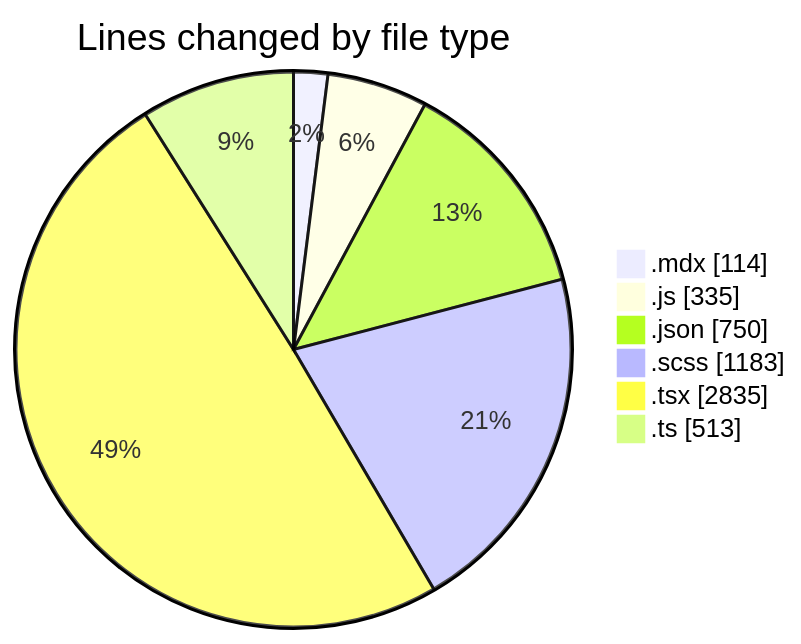
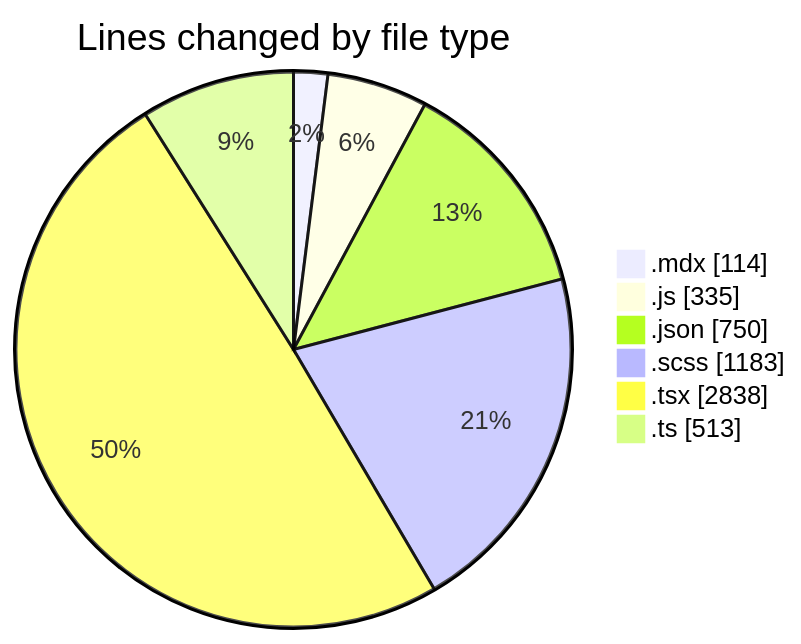
The first of 2 diagrams in 2026-08-13/cda/README.md (momahboobian/code-tracking), drawn with Mermaid before and after one commit. The commit also changed other lines of this file and 1 other file, not shown here.

````diff
--- a/2026-08-13/cda/README.md
+++ b/2026-08-13/cda/README.md
@@ -46,10 +46,10 @@
 ```mermaid
 pie showData
 title Lines changed by file type
 ".mdx" : 114
 ".js" : 335
 ".json" : 750
 ".scss" : 1183
-".tsx" : 2835
+".tsx" : 2838
 ".ts" : 513
 ```
````
